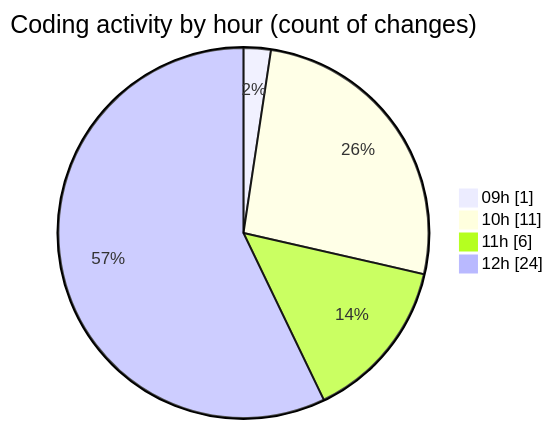
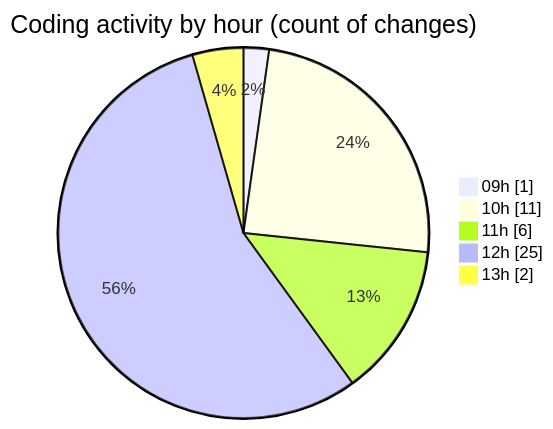
Before and after one commit to momahboobian/code-tracking: the second of 2 diagrams in 2026-09-28/cda/README.md, drawn with Mermaid. The commit also changed other lines of this file and 1 other file, not shown here.

````diff
--- a/2026-09-28/cda/README.md
+++ b/2026-09-28/cda/README.md
@@ -46,8 +46,9 @@
 ```mermaid
 pie showData
 title Coding activity by hour (count of changes)
 "09h" : 1
 "10h" : 11
 "11h" : 6
-"12h" : 24
+"12h" : 25
+"13h" : 2
 ```
````
